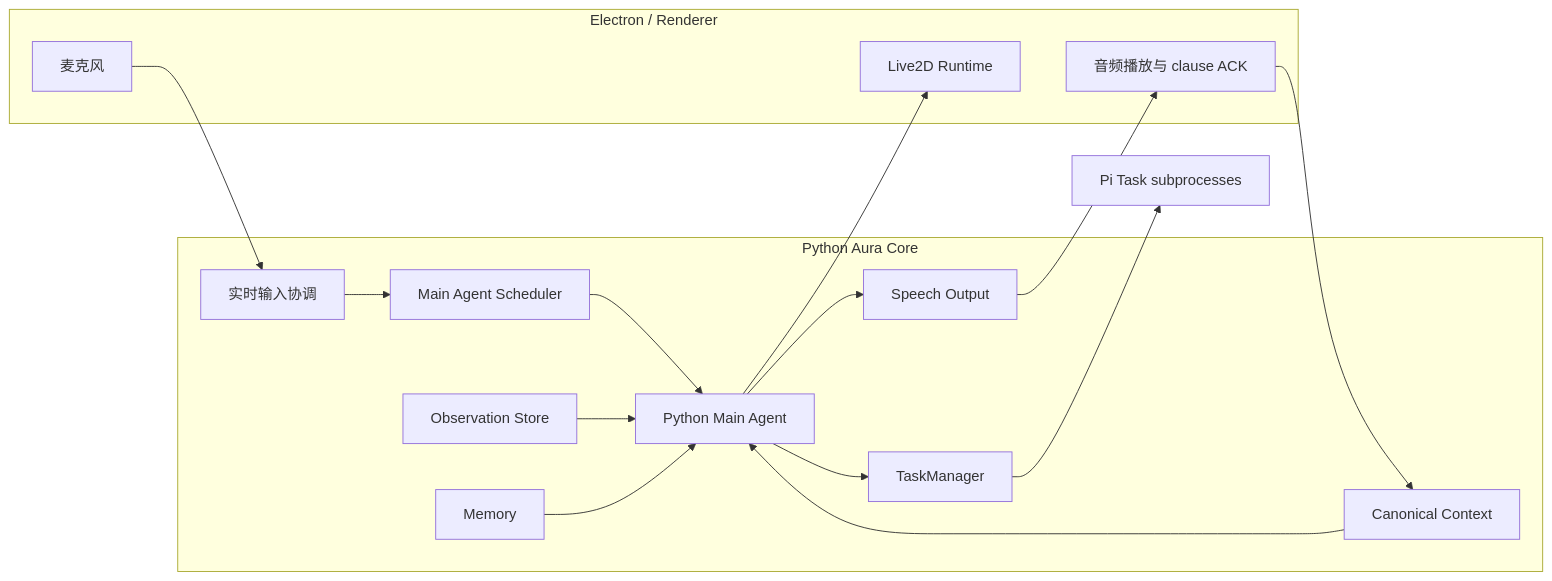
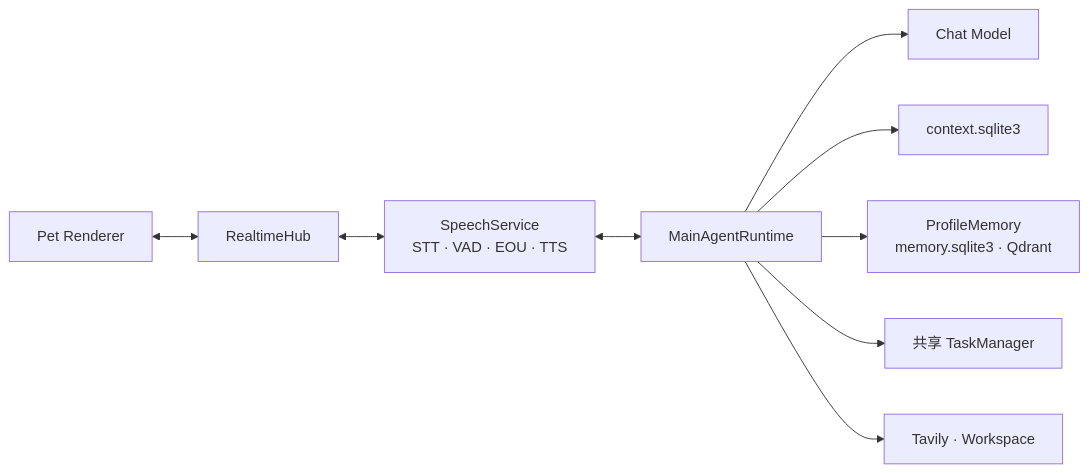
One commit to Xuan-0929/AuraBot changed the first of 5 diagrams in docs/modules/main-agent.md. Above: the diagram before and after it, drawn with Mermaid. The commit also changed other lines of this file and 52 other files, not shown here.

````diff
--- a/docs/modules/main-agent.md
+++ b/docs/modules/main-agent.md
@@ -58,32 +9,11 @@
-```mermaid
+~~~mermaid
 flowchart LR
-  subgraph DESKTOP["Electron / Renderer"]
-    MIC["麦克风"]
-    PLAYBACK["音频播放与 clause ACK"]
-    AVATAR["Live2D Runtime"]
-  end
-
-  subgraph CORE["Python Aura Core"]
-    INPUT["实时输入协调"]
-    SCHED["Main Agent Scheduler"]
-    MAIN["Python Main Agent"]
-    CTX["Canonical Context"]
-    OBS["Observation Store"]
-    MEMORY["Memory"]
-    TTS["Speech Output"]
-    TM["TaskManager"]
-  end
-
-  MIC --> INPUT
-  INPUT --> SCHED
-  SCHED --> MAIN
-  CTX --> MAIN
-  OBS --> MAIN
-  MEMORY --> MAIN
-  MAIN --> TTS
-  TTS --> PLAYBACK
-  MAIN --> AVATAR
-  MAIN --> TM
-  TM --> PI["Pi Task subprocesses"]
-  PLAYBACK --> CTX
-```
+  PET["Pet Renderer"] <--> HUB["RealtimeHub"]
+  HUB <--> SPEECH["SpeechService<br/>STT · VAD · EOU · TTS"]
+  SPEECH <--> RT["MainAgentRuntime"]
+  RT --> MODEL["Chat Model"]
+  RT --> CTX["context.sqlite3"]
+  RT --> MEMORY["ProfileMemory<br/>memory.sqlite3 · Qdrant"]
+  RT --> TASK["共享 TaskManager"]
+  RT --> TOOLS["Tavily · Workspace"]
+~~~
````
